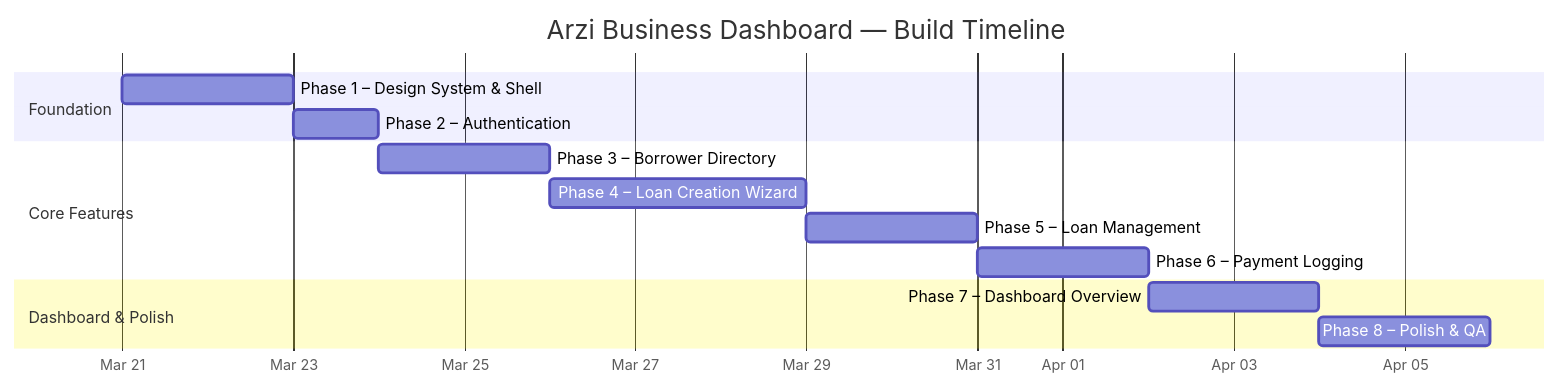
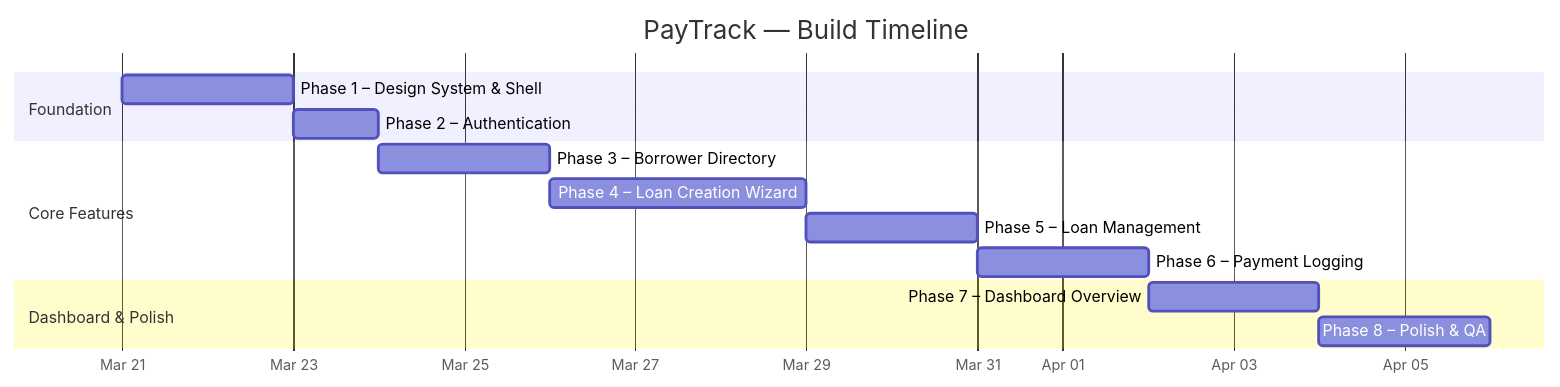
The first of 2 diagrams in docs/development_roadmap.md (newelle-dev/paytrack), drawn with Mermaid before and after one commit. The commit also changed other lines of this file and 18 other files, not shown here.

````diff
--- a/docs/development_roadmap.md
+++ b/docs/development_roadmap.md
@@ -131,20 +132,20 @@
 ```mermaid
 gantt
-    title Arzi Business Dashboard — Build Timeline
+    title PayTrack — Build Timeline
     dateFormat  YYYY-MM-DD
     axisFormat  %b %d
 
     section Foundation
     Phase 1 – Design System & Shell     :p1, 2026-03-21, 2d
     Phase 2 – Authentication            :p2, after p1, 1d
 
     section Core Features
     Phase 3 – Borrower Directory        :p3, after p2, 2d
     Phase 4 – Loan Creation Wizard      :p4, after p3, 3d
     Phase 5 – Loan Management           :p5, after p4, 2d
     Phase 6 – Payment Logging           :p6, after p5, 2d
 
     section Dashboard & Polish
     Phase 7 – Dashboard Overview        :p7, after p6, 2d
     Phase 8 – Polish & QA               :p8, after p7, 2d
 ```
````
